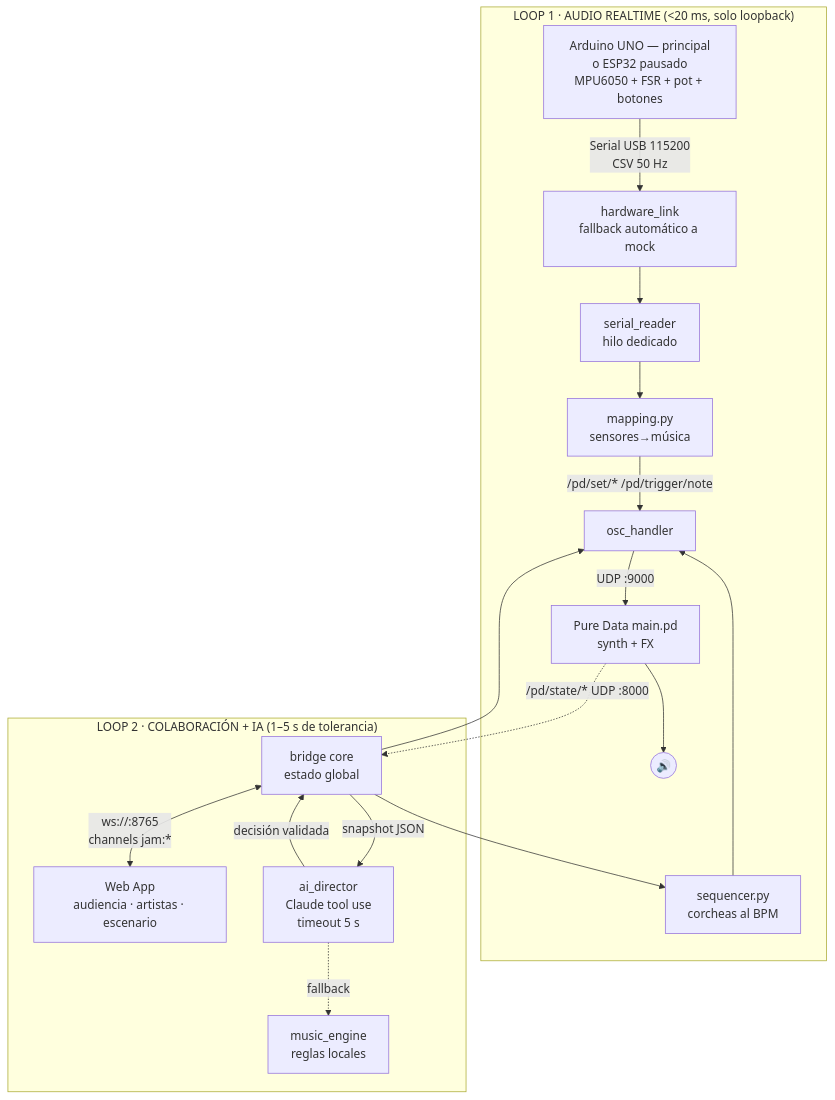
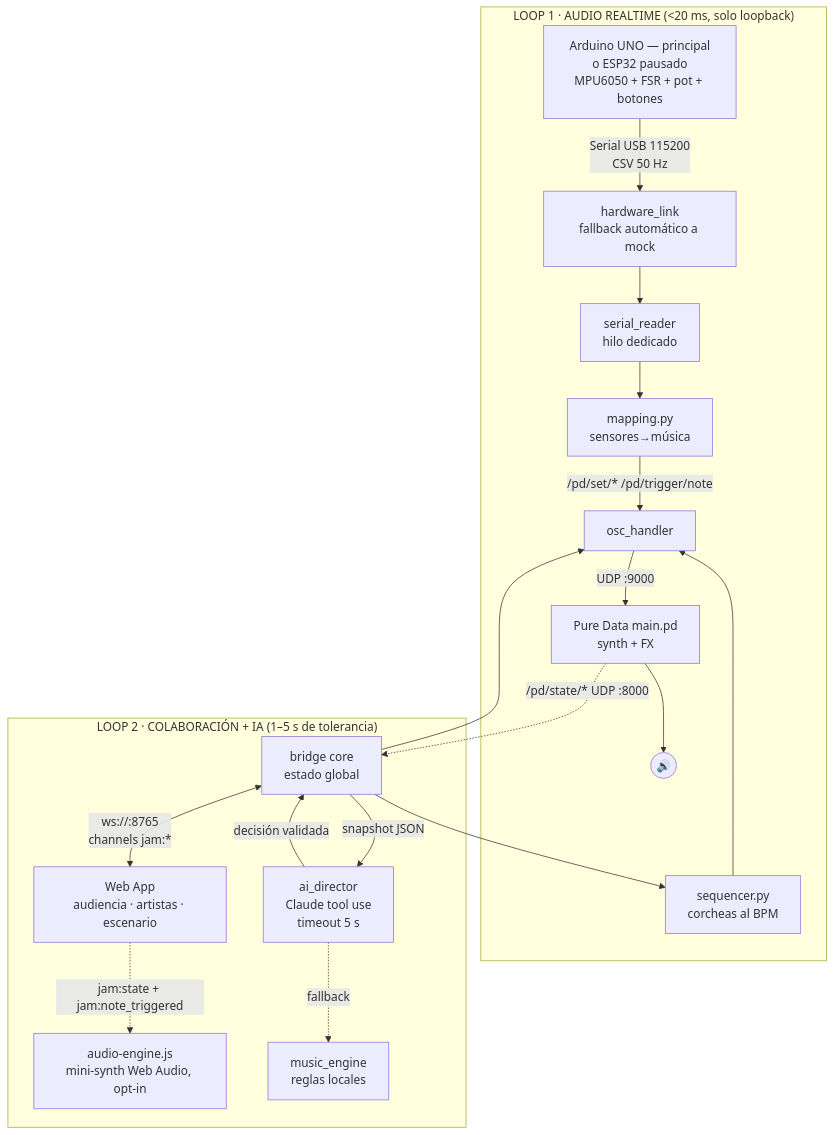
One commit to DeXimp/HacktonIAMusic changed the diagram in virusynth/docs/architecture.md. Above: the diagram before and after it, drawn with Mermaid. The commit also changed 6 other files, not shown here.

````diff
--- a/virusynth/docs/architecture.md
+++ b/virusynth/docs/architecture.md
@@ -6,21 +6,22 @@
 ```mermaid
 flowchart TB
     subgraph L1["LOOP 1 · AUDIO REALTIME (&lt;20 ms, solo loopback)"]
         ESP[Arduino UNO — principal<br/>o ESP32 pausado<br/>MPU6050 + FSR + pot + botones] -->|Serial USB 115200<br/>CSV 50 Hz| HW[hardware_link<br/>fallback automático a mock]
         HW --> SR[serial_reader<br/>hilo dedicado]
         SR --> MAP[mapping.py<br/>sensores→música]
         SEQ[sequencer.py<br/>corcheas al BPM] --> OSC
         MAP -->|/pd/set/* /pd/trigger/note| OSC[osc_handler]
         OSC -->|UDP :9000| PD[Pure Data main.pd<br/>synth + FX]
         PD --> DAC((🔊))
     end
     subgraph L2["LOOP 2 · COLABORACIÓN + IA (1–5 s de tolerancia)"]
         PD -.->|/pd/state/* UDP :8000| BR[bridge core<br/>estado global]
         BR <-->|ws://:8765<br/>channels jam:*| WEB[Web App<br/>audiencia · artistas · escenario]
+        WEB -.->|jam:state + jam:note_triggered| WA[audio-engine.js<br/>mini-synth Web Audio, opt-in]
         BR -->|snapshot JSON| IA[ai_director<br/>Claude tool use<br/>timeout 5 s]
         IA -->|decisión validada| BR
         IA -.->|fallback| ME[music_engine<br/>reglas locales]
     end
     BR --> SEQ
     BR --> OSC
 ```
````
